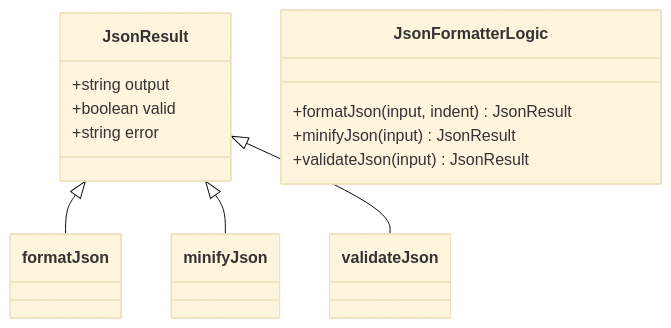
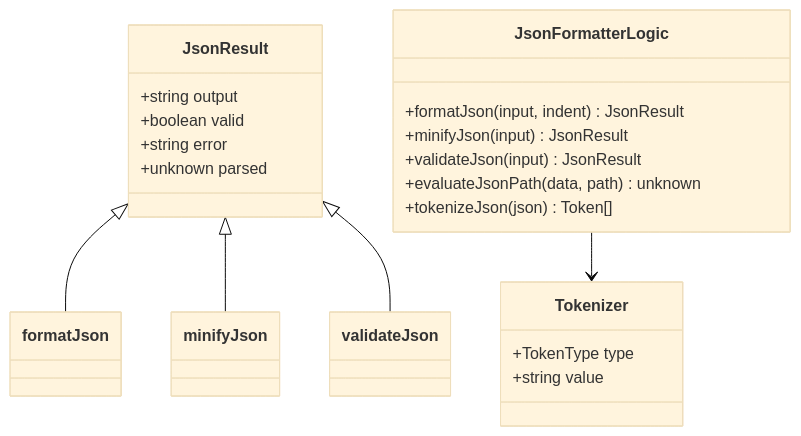
Before and after one commit to sgyy/privadeck: the second of 5 diagrams in .qoder/repowiki/zh/content/开发者工具/JSON格式化工具.md, drawn with Mermaid (base theme). The commit also changed other lines of this file and 4 other files, not shown here.

````diff
--- a/.qoder/repowiki/zh/content/开发者工具/JSON格式化工具.md
+++ b/.qoder/repowiki/zh/content/开发者工具/JSON格式化工具.md
@@ -101,16 +164,24 @@
 ```mermaid
 classDiagram
 class JsonResult {
 +string output
 +boolean valid
 +string error
++unknown parsed
 }
 class JsonFormatterLogic {
 +formatJson(input, indent) JsonResult
 +minifyJson(input) JsonResult
 +validateJson(input) JsonResult
++evaluateJsonPath(data, path) unknown
++tokenizeJson(json) Token[]
+}
+class Tokenizer {
++TokenType type
++string value
 }
 JsonResult <|-- formatJson
 JsonResult <|-- minifyJson
 JsonResult <|-- validateJson
+JsonFormatterLogic --> Tokenizer
 ```
````
